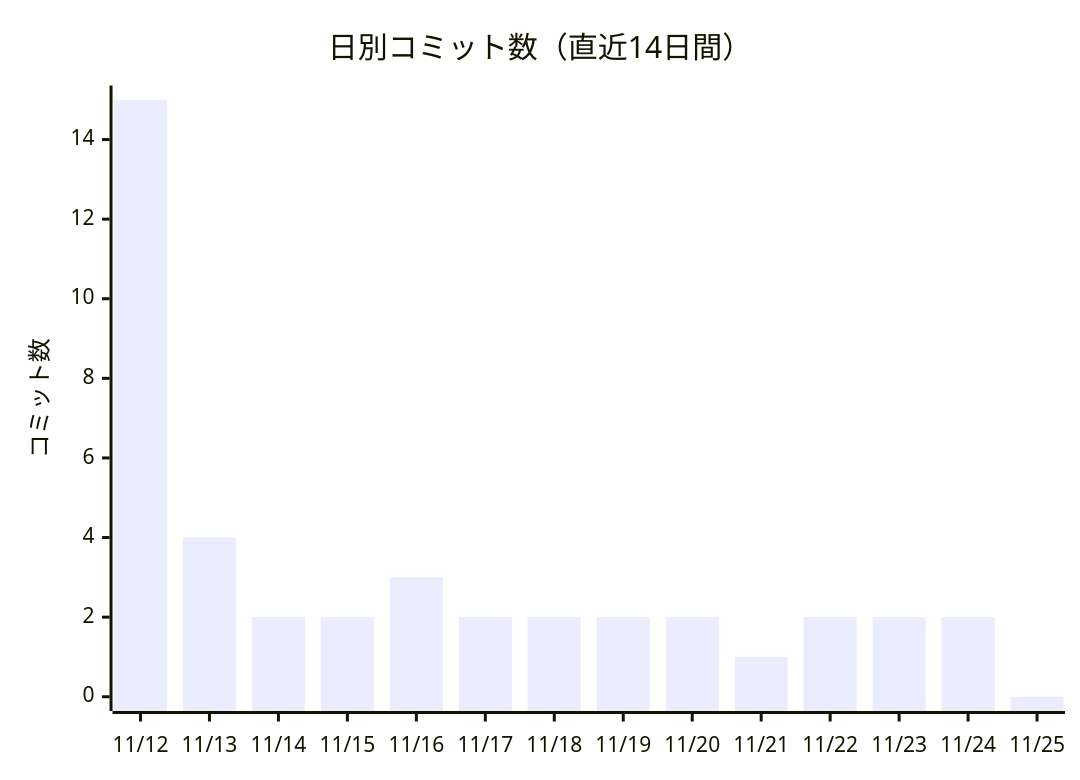
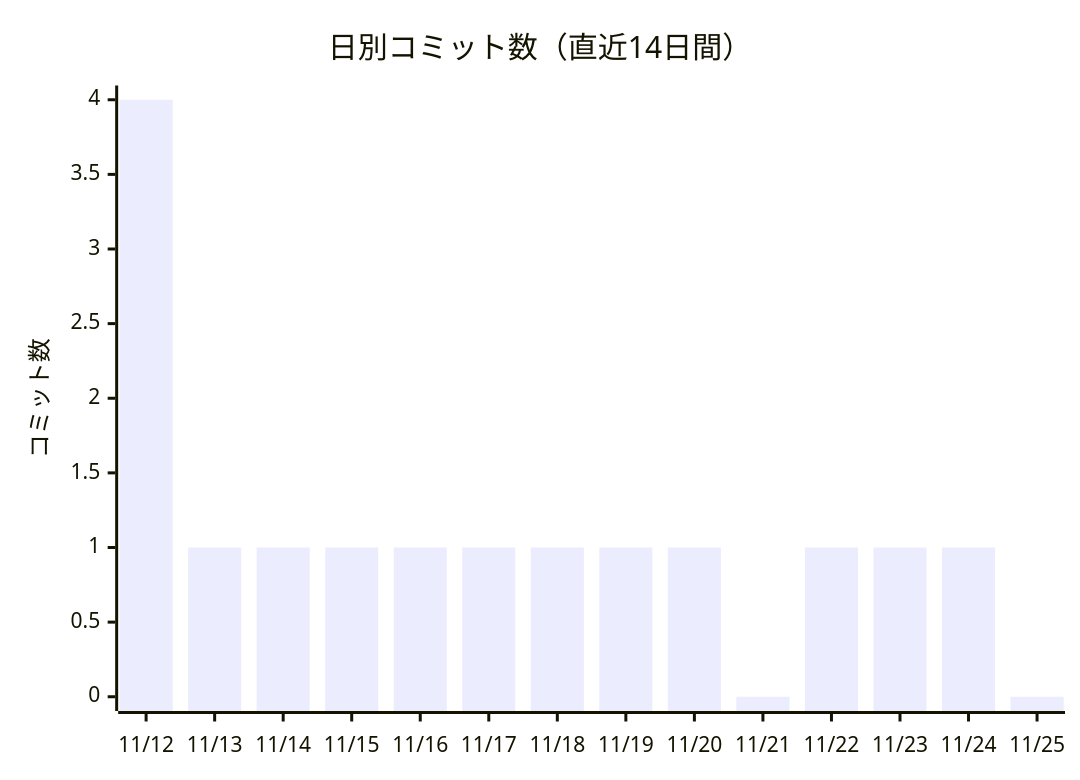
Before and after one commit to non-x2/non-x2: the first of 2 diagrams in docs/進化レポート.md, drawn with Mermaid. The commit also changed other lines of this file and 1 other file, not shown here.

````diff
--- a/docs/進化レポート.md
+++ b/docs/進化レポート.md
@@ -25,7 +25,7 @@
 ```mermaid
 xychart-beta
     title "日別コミット数（直近14日間）"
     x-axis ["11/12", "11/13", "11/14", "11/15", "11/16", "11/17", "11/18", "11/19", "11/20", "11/21", "11/22", "11/23", "11/24", "11/25"]
     y-axis "コミット数"
-    bar [15, 4, 2, 2, 3, 2, 2, 2, 2, 1, 2, 2, 2, 0]
+    bar [4, 1, 1, 1, 1, 1, 1, 1, 1, 0, 1, 1, 1, 0]
 ```
````
